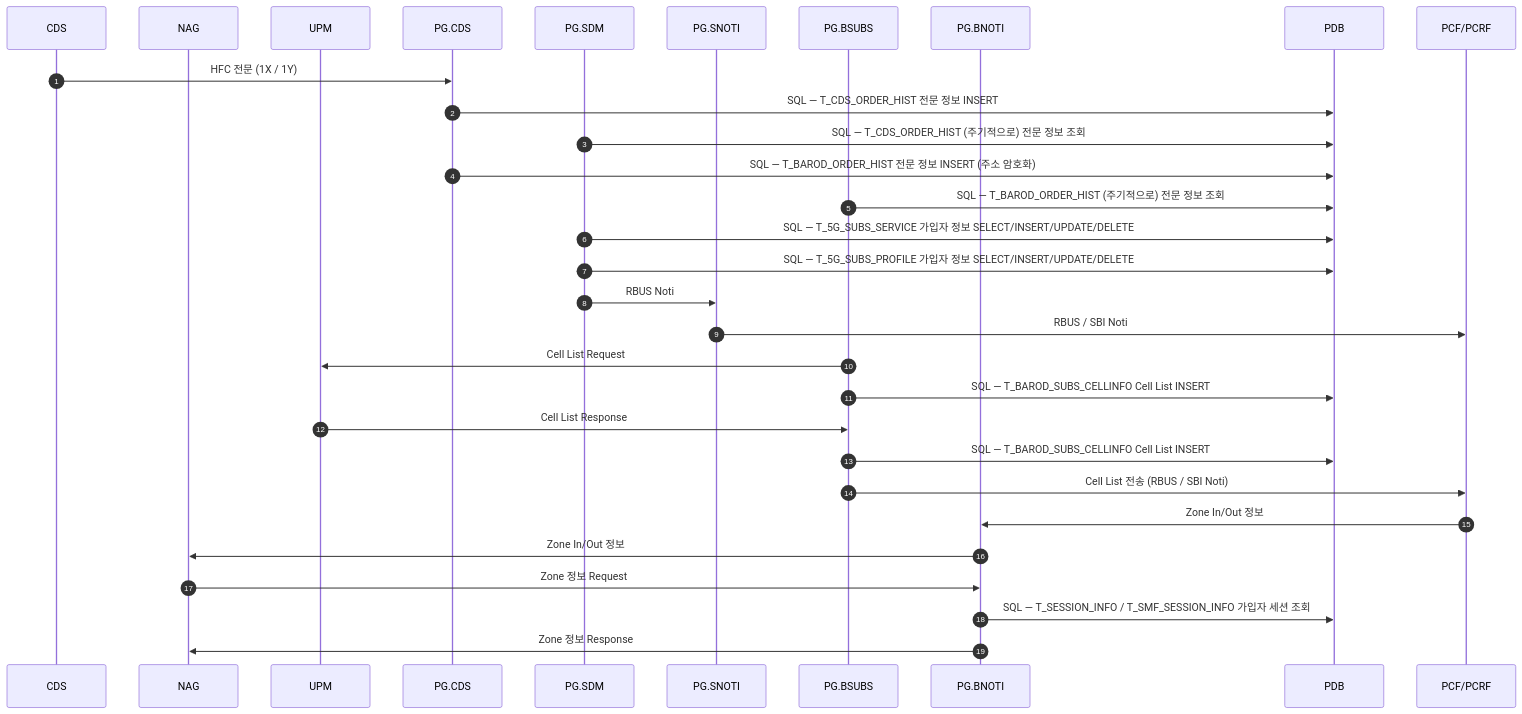
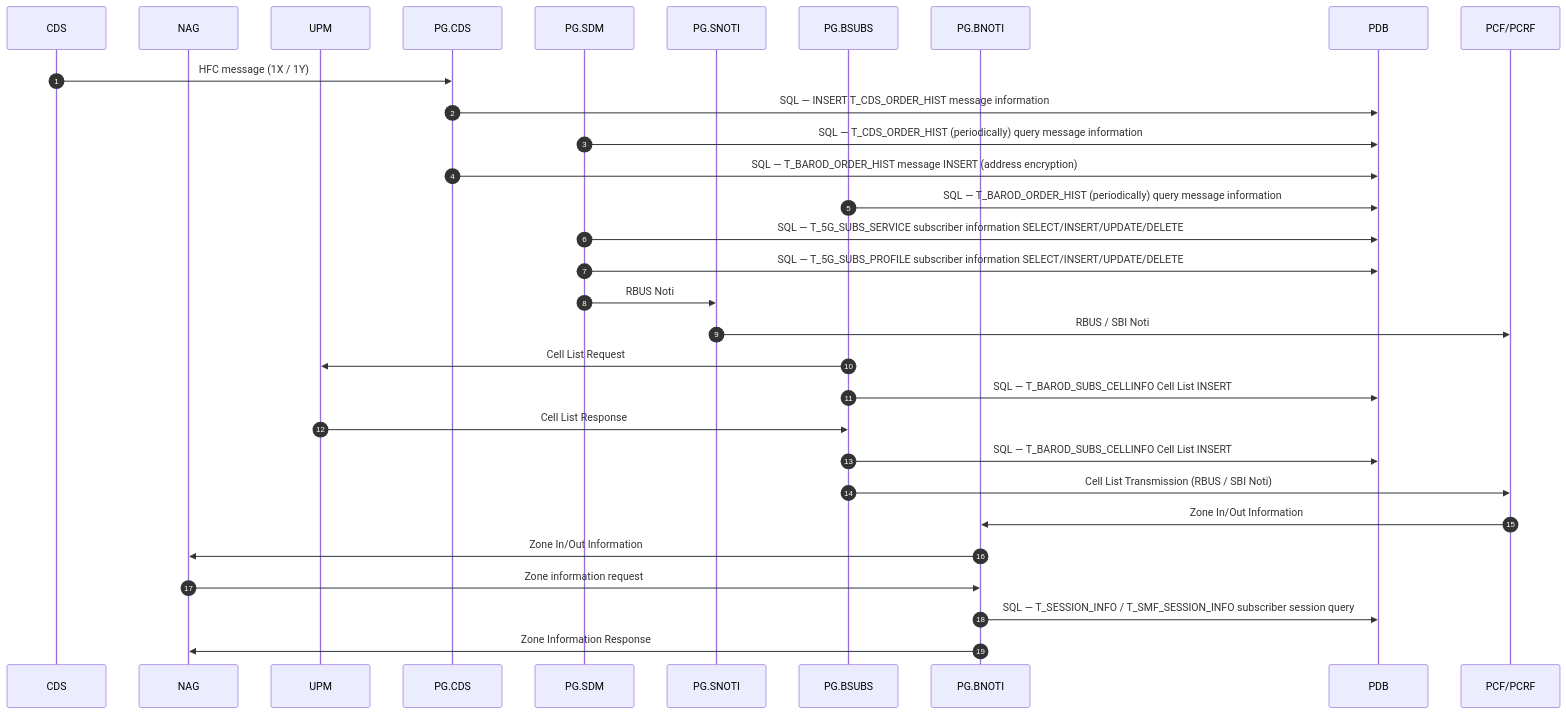
One commit to IanKim2030/tc4robot changed the diagram in docs/INTERFACES.md. Above: the diagram before and after it, drawn with Mermaid. The commit also changed other lines of this file and 83 other files, not shown here.

````diff
--- a/docs/INTERFACES.md
+++ b/docs/INTERFACES.md
@@ -68,34 +74,34 @@
 ```mermaid
 sequenceDiagram
     autonumber
     participant CDS as CDS
     participant NAG as NAG
     participant UPM as UPM
     participant PGCDS as PG.CDS
     participant SDM as PG.SDM
     participant SNOTI as PG.SNOTI
     participant BSUBS as PG.BSUBS
     participant BNOTI as PG.BNOTI
     participant PDB as PDB
     participant PCF as PCF/PCRF
 
-    CDS->>PGCDS: HFC 전문 (1X / 1Y)
-    PGCDS->>PDB: SQL — T_CDS_ORDER_HIST 전문 정보 INSERT
-    SDM->>PDB: SQL — T_CDS_ORDER_HIST (주기적으로) 전문 정보 조회
-    PGCDS->>PDB: SQL — T_BAROD_ORDER_HIST 전문 정보 INSERT (주소 암호화)
-    BSUBS->>PDB: SQL — T_BAROD_ORDER_HIST (주기적으로) 전문 정보 조회
-    SDM->>PDB: SQL — T_5G_SUBS_SERVICE 가입자 정보 SELECT/INSERT/UPDATE/DELETE
-    SDM->>PDB: SQL — T_5G_SUBS_PROFILE 가입자 정보 SELECT/INSERT/UPDATE/DELETE
+    CDS->>PGCDS:HFC message (1X / 1Y)
+    PGCDS->>PDB:SQL — INSERT T_CDS_ORDER_HIST message information
+    SDM->>PDB:SQL — T_CDS_ORDER_HIST (periodically) query message information
+    PGCDS->>PDB:SQL — T_BAROD_ORDER_HIST message INSERT (address encryption)
+    BSUBS->>PDB:SQL — T_BAROD_ORDER_HIST (periodically) query message information
+    SDM->>PDB:SQL — T_5G_SUBS_SERVICE subscriber information SELECT/INSERT/UPDATE/DELETE
+    SDM->>PDB:SQL — T_5G_SUBS_PROFILE subscriber information SELECT/INSERT/UPDATE/DELETE
     SDM->>SNOTI: RBUS Noti
     SNOTI->>PCF: RBUS / SBI Noti
     BSUBS->>UPM: Cell List Request
     BSUBS->>PDB: SQL — T_BAROD_SUBS_CELLINFO Cell List INSERT
     UPM->>BSUBS: Cell List Response
     BSUBS->>PDB: SQL — T_BAROD_SUBS_CELLINFO Cell List INSERT
-    BSUBS->>PCF: Cell List 전송 (RBUS / SBI Noti)
-    PCF->>BNOTI: Zone In/Out 정보
-    BNOTI->>NAG: Zone In/Out 정보
-    NAG->>BNOTI: Zone 정보 Request
-    BNOTI->>PDB: SQL — T_SESSION_INFO / T_SMF_SESSION_INFO 가입자 세션 조회
-    BNOTI->>NAG: Zone 정보 Response
+    BSUBS->>PCF:Cell List Transmission (RBUS / SBI Noti)
+    PCF->>BNOTI:Zone In/Out Information
+    BNOTI->>NAG:Zone In/Out Information
+    NAG->>BNOTI:Zone information request
+    BNOTI->>PDB:SQL — T_SESSION_INFO / T_SMF_SESSION_INFO subscriber session query
+    BNOTI->>NAG:Zone Information Response
 ```
````
